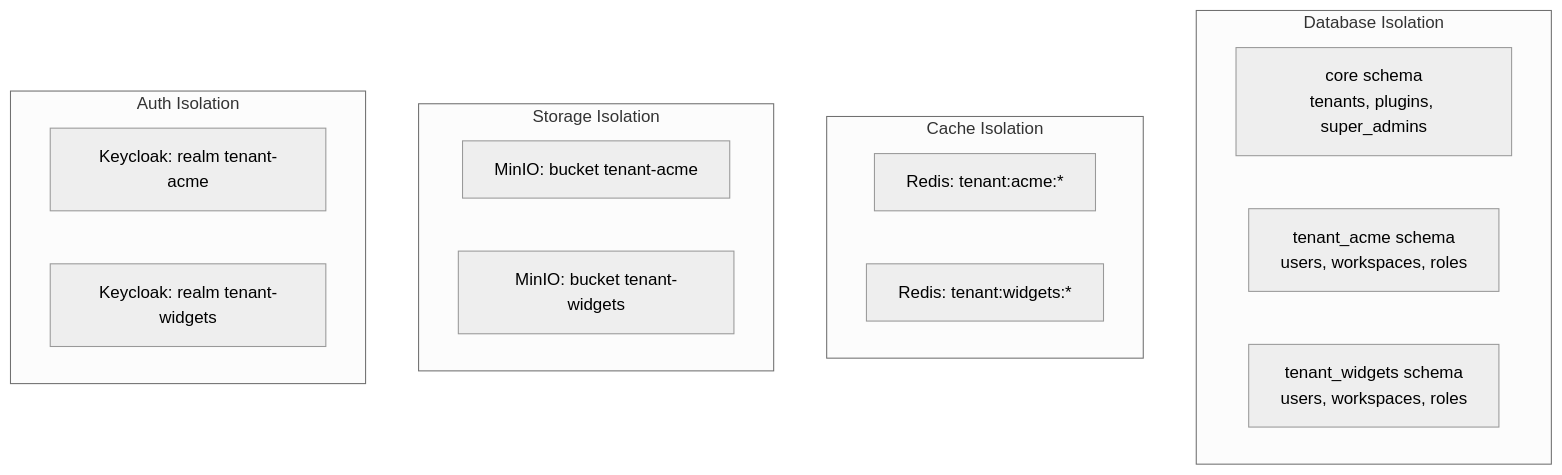
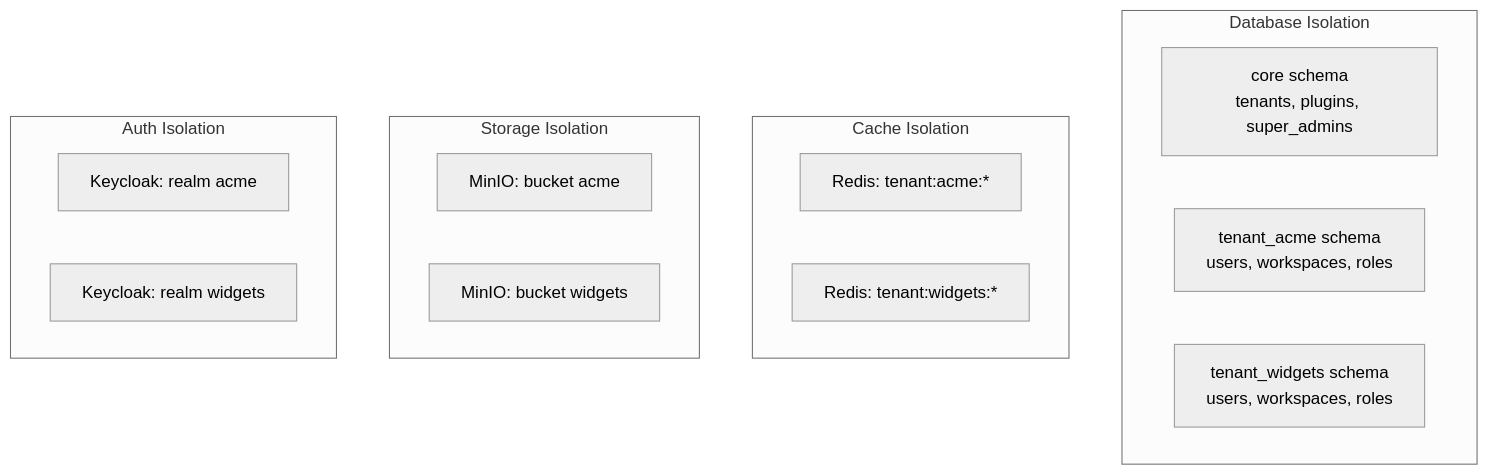
The third of 3 diagrams in .forge/architecture/security-architecture.md (plexica/plexica), drawn with Mermaid (neutral theme) before and after one commit. The commit also changed other lines of this file and 1 other file, not shown here.

````diff
--- a/.forge/architecture/security-architecture.md
+++ b/.forge/architecture/security-architecture.md
@@ -288,23 +297,23 @@
 ```mermaid
 graph TB
     subgraph "Database Isolation"
         CORE_SCHEMA[core schema<br/>tenants, plugins, super_admins]
         T1[tenant_acme schema<br/>users, workspaces, roles]
         T2[tenant_widgets schema<br/>users, workspaces, roles]
     end
 
     subgraph "Cache Isolation"
         R1[Redis: tenant:acme:*]
         R2[Redis: tenant:widgets:*]
     end
 
     subgraph "Storage Isolation"
-        S1[MinIO: bucket tenant-acme]
-        S2[MinIO: bucket tenant-widgets]
+        S1[MinIO: bucket acme]
+        S2[MinIO: bucket widgets]
     end
 
     subgraph "Auth Isolation"
-        KC1[Keycloak: realm tenant-acme]
-        KC2[Keycloak: realm tenant-widgets]
+        KC1[Keycloak: realm acme]
+        KC2[Keycloak: realm widgets]
     end
 ```
````
